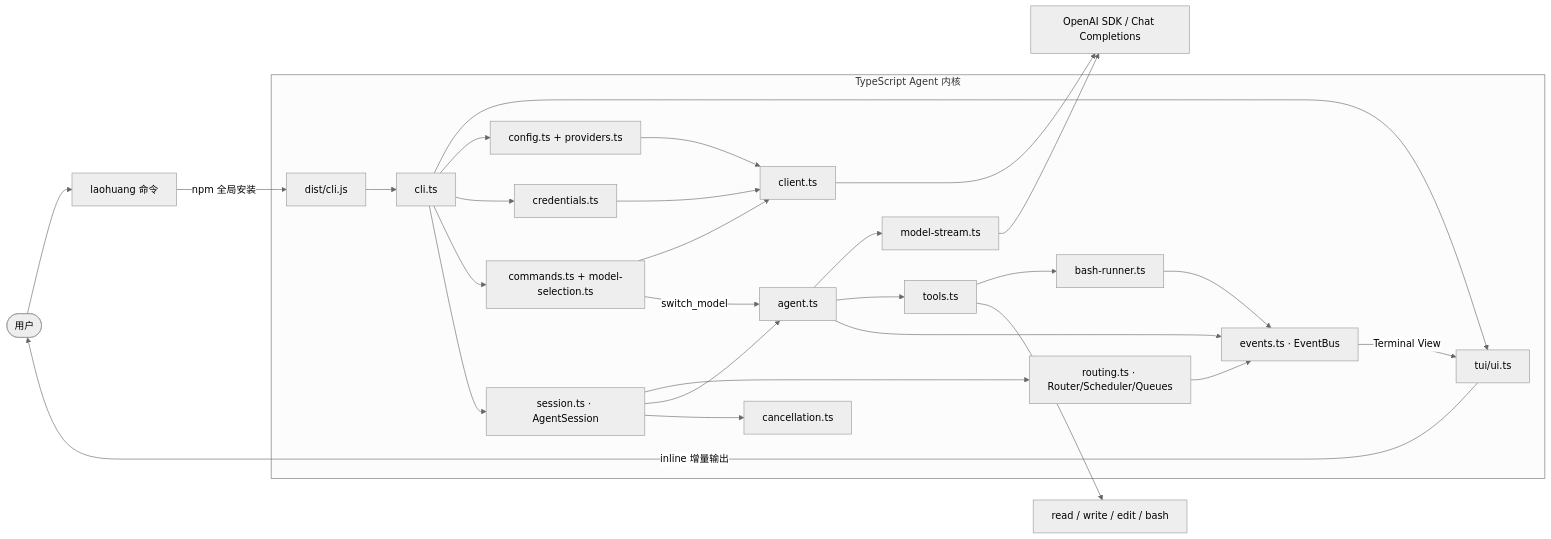
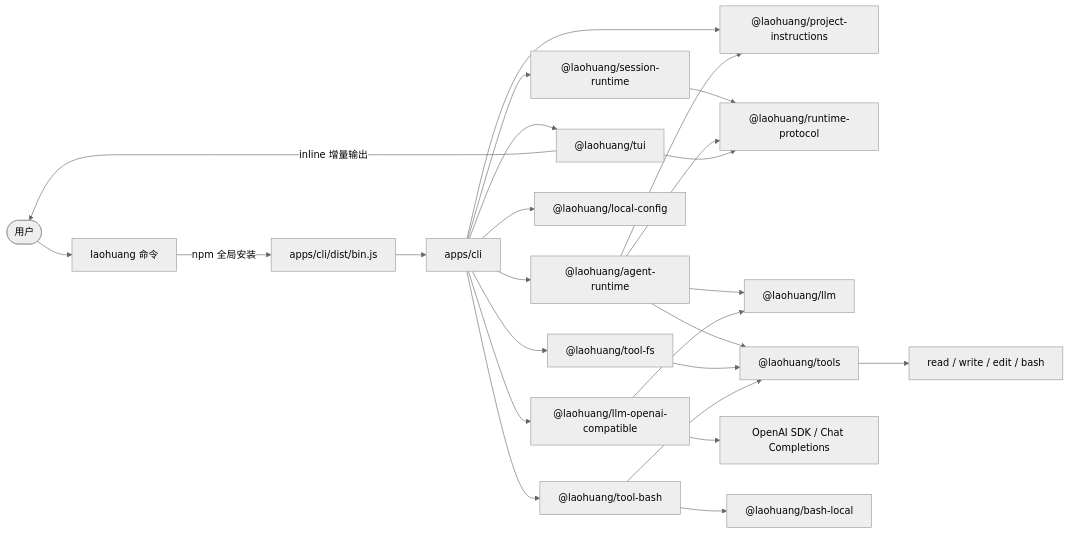
Before and after one commit to hxr223/laoHuangCode: the first of 2 diagrams in docs/architecture.md, drawn with Mermaid (neutral theme). The commit also changed other lines of this file and 19 other files, not shown here.

Commit message:
docs: finalize workspace package architecture

````diff
--- a/docs/architecture.md
+++ b/docs/architecture.md
@@ -66,33 +60,30 @@
 ```mermaid
 flowchart LR
     User([用户]) --> Entry["laohuang 命令"]
-    Entry -->|npm 全局安装| Bin["dist/cli.js"]
+    Entry -->|npm 全局安装| Bin["apps/cli/dist/bin.js"]
 
-    subgraph Core["TypeScript Agent 内核"]
-        Bin --> CLI["cli.ts"]
-        CLI --> TUI["tui/ui.ts"]
-        CLI --> Profiles["config.ts + providers.ts"]
-        CLI --> Secrets["credentials.ts"]
-        CLI --> Commands["commands.ts + model-selection.ts"]
-        Profiles --> Client["client.ts"]
-        Secrets --> Client
-        Commands --> Client
-        CLI --> Session["session.ts · AgentSession"]
-        Session --> Router["routing.ts · Router/Scheduler/Queues"]
-        Session --> Agent["agent.ts"]
-        Commands -->|switch_model| Agent
-        Agent --> Stream["model-stream.ts"]
-        Agent --> Registry["tools.ts"]
-        Registry --> Bash["bash-runner.ts"]
-        Session --> Cancel["cancellation.ts"]
-        Agent --> Events["events.ts · EventBus"]
-        Router --> Events
-        Bash --> Events
-        Events -->|Terminal View| TUI
-    end
+    Bin --> CLI["apps/cli"]
+    CLI --> TUI["@laohuang/tui"]
+    CLI --> Session["@laohuang/session-runtime"]
+    CLI --> Agent["@laohuang/agent-runtime"]
+    CLI --> Config["@laohuang/local-config"]
+    CLI --> FS["@laohuang/tool-fs"]
+    CLI --> BashTool["@laohuang/tool-bash"]
+    CLI --> OpenAICompat["@laohuang/llm-openai-compatible"]
+    CLI --> Instructions["@laohuang/project-instructions"]
+
+    Session --> Protocol["@laohuang/runtime-protocol"]
+    Agent --> Protocol
+    Agent --> LLM["@laohuang/llm"]
+    Agent --> Tools["@laohuang/tools"]
+    Agent --> Instructions
+    OpenAICompat --> LLM
+    OpenAICompat --> SDK["OpenAI SDK / Chat Completions"]
+    FS --> Tools
+    BashTool --> Tools
+    BashTool --> BashLocal["@laohuang/bash-local"]
+    TUI --> Protocol
 
     TUI -->|inline 增量输出| User
-    Client --> SDK["OpenAI SDK / Chat Completions"]
-    Stream --> SDK
-    Registry --> Tools["read / write / edit / bash"]
+    Tools --> ToolNames["read / write / edit / bash"]
 ```
````
